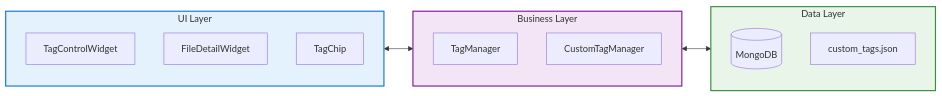
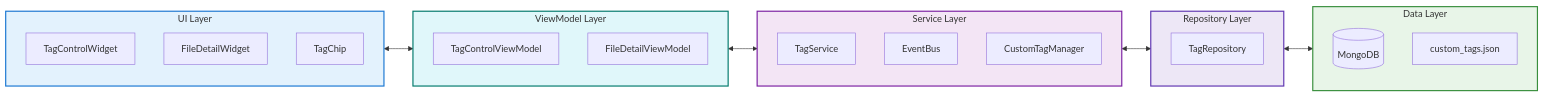
One commit to Yamang02/PYQT5_FileTagger changed the first of 3 diagrams in docs/specifications/technical/TS-20250711-001_tag_management_system.md. Above: the diagram before and after it, drawn with Mermaid. The commit also changed other lines of this file and 3 other files, not shown here.

````diff
--- a/docs/specifications/technical/TS-20250711-001_tag_management_system.md
+++ b/docs/specifications/technical/TS-20250711-001_tag_management_system.md
@@ -29,25 +29,39 @@
 ```mermaid
 graph LR
     subgraph UILayer["UI Layer"]
         TCW[TagControlWidget]
         FDW[FileDetailWidget]
         TC[TagChip]
     end
+
+    subgraph ViewModelLayer["ViewModel Layer"]
+        TCVM[TagControlViewModel]
+        FDVM[FileDetailViewModel]
+    end
     
-    subgraph BusinessLayer["Business Layer"]
-        TM[TagManager]
+    subgraph ServiceLayer["Service Layer"]
+        TS[TagService]
+        EB[EventBus]
         CTM[CustomTagManager]
     end
     
+    subgraph RepositoryLayer["Repository Layer"]
+        TR[TagRepository]
+    end
+
     subgraph DataLayer["Data Layer"]
         MDB[(MongoDB)]
         CTJ[custom_tags.json]
     end
     
-    UILayer <--> BusinessLayer
-    BusinessLayer <--> DataLayer
+    UILayer <--> ViewModelLayer
+    ViewModelLayer <--> ServiceLayer
+    ServiceLayer <--> RepositoryLayer
+    RepositoryLayer <--> DataLayer
     
     style UILayer fill:#e3f2fd,stroke:#1976d2,stroke-width:2px
-    style BusinessLayer fill:#f3e5f5,stroke:#7b1fa2,stroke-width:2px
+    style ViewModelLayer fill:#e0f7fa,stroke:#00796b,stroke-width:2px
+    style ServiceLayer fill:#f3e5f5,stroke:#7b1fa2,stroke-width:2px
+    style RepositoryLayer fill:#ede7f6,stroke:#5e35b1,stroke-width:2px
     style DataLayer fill:#e8f5e8,stroke:#388e3c,stroke-width:2px
 ```
````
